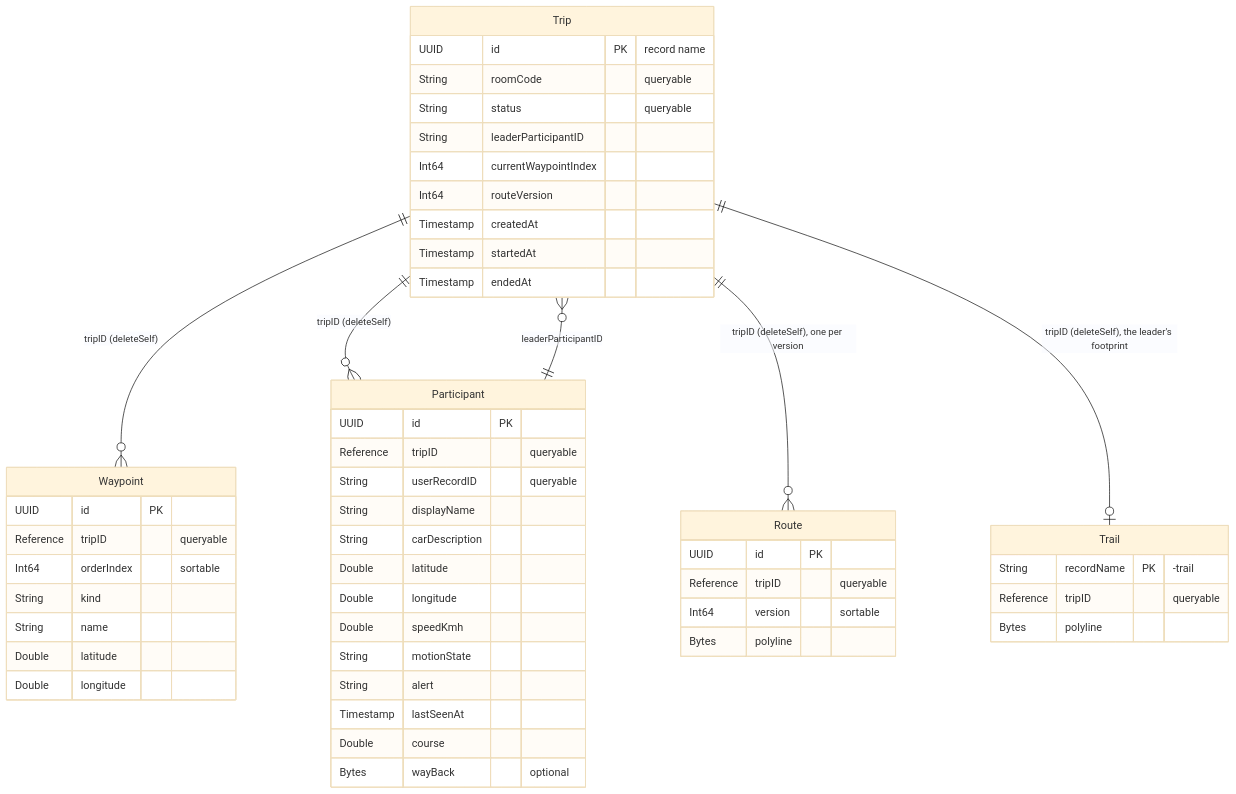
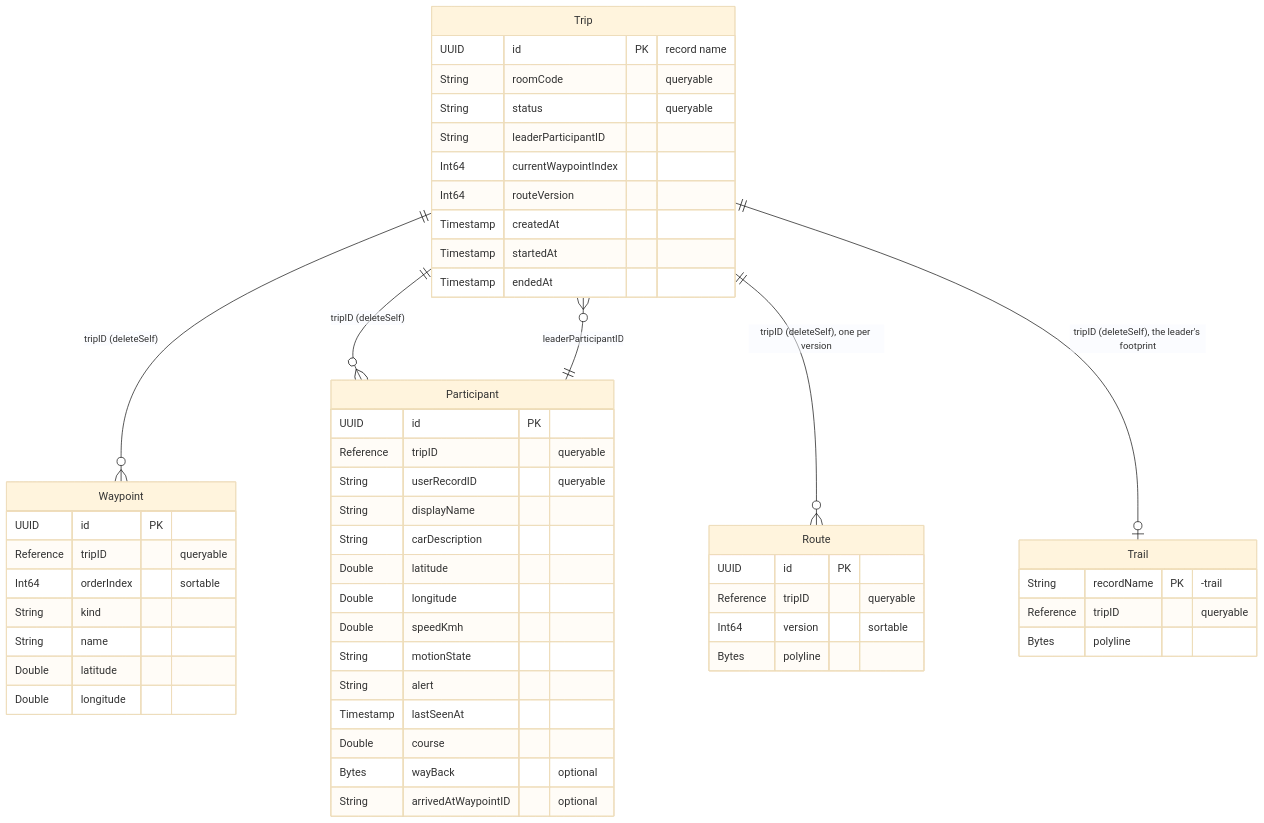
One commit to C5-M3/Lezgo changed the diagram in CloudKit/TripSync.md. Above: the diagram before and after it, drawn with Mermaid (base theme). The commit also changed other lines of this file and 1 other file, not shown here.

Commit message:
docs(spec): describe i've arrived near a destination

````diff
--- a/CloudKit/TripSync.md
+++ b/CloudKit/TripSync.md
@@ -298,55 +300,56 @@
 ```mermaid
 erDiagram
     Trip ||--o{ Waypoint : "tripID (deleteSelf)"
     Trip ||--o{ Participant : "tripID (deleteSelf)"
     Trip ||--o{ Route : "tripID (deleteSelf), one per version"
     Trip ||--o| Trail : "tripID (deleteSelf), the leader's footprint"
     Trip }o--|| Participant : "leaderParticipantID"
 
     Trip {
         UUID id PK "record name"
         String roomCode "queryable"
         String status "queryable"
         String leaderParticipantID
         Int64 currentWaypointIndex
         Int64 routeVersion
         Timestamp createdAt
         Timestamp startedAt
         Timestamp endedAt
     }
     Waypoint {
         UUID id PK
         Reference tripID "queryable"
         Int64 orderIndex "sortable"
         String kind
         String name
         Double latitude
         Double longitude
     }
     Participant {
         UUID id PK
         Reference tripID "queryable"
         String userRecordID "queryable"
         String displayName
         String carDescription
         Double latitude
         Double longitude
         Double speedKmh
         String motionState
         String alert
         Timestamp lastSeenAt
         Double course
         Bytes wayBack "optional"
+        String arrivedAtWaypointID "optional"
     }
     Route {
         UUID id PK
         Reference tripID "queryable"
         Int64 version "sortable"
         Bytes polyline
     }
     Trail {
         String recordName PK "<tripID>-trail"
         Reference tripID "queryable"
         Bytes polyline
     }
 ```
````
